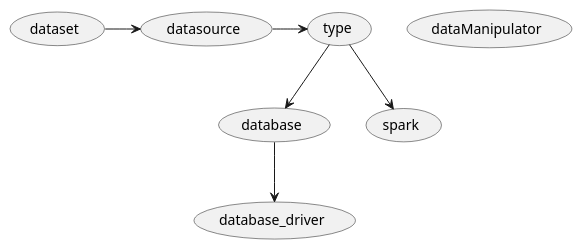
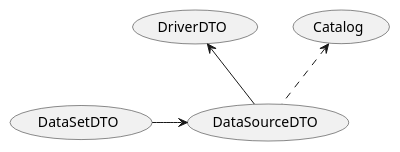
One commit to zaytsevdmitry/lakehouse changed the diagram in lakehouse-common/src/main/java/org/lakehouse/client/api/dto/configs/datasource/datasource.puml. Above: the diagram before and after it, drawn with PlantUML. The commit also changed 173 other files, not shown here.

```diff
--- a/lakehouse-common/src/main/java/org/lakehouse/client/api/dto/configs/datasource/datasource.puml
+++ b/lakehouse-common/src/main/java/org/lakehouse/client/api/dto/configs/datasource/datasource.puml
@@ -1,8 +1,5 @@
 @startuml
-(dataset)->(datasource)
-(datasource)->(type)
-(type)-->(database)
-(database)-->(database_driver)
-(type)-->(spark)
-(dataManipulator)
+(DriverDTO)<--(DataSourceDTO)
+(Catalog)<..(DataSourceDTO)
+(DataSetDTO)->(DataSourceDTO)
 @enduml
```
